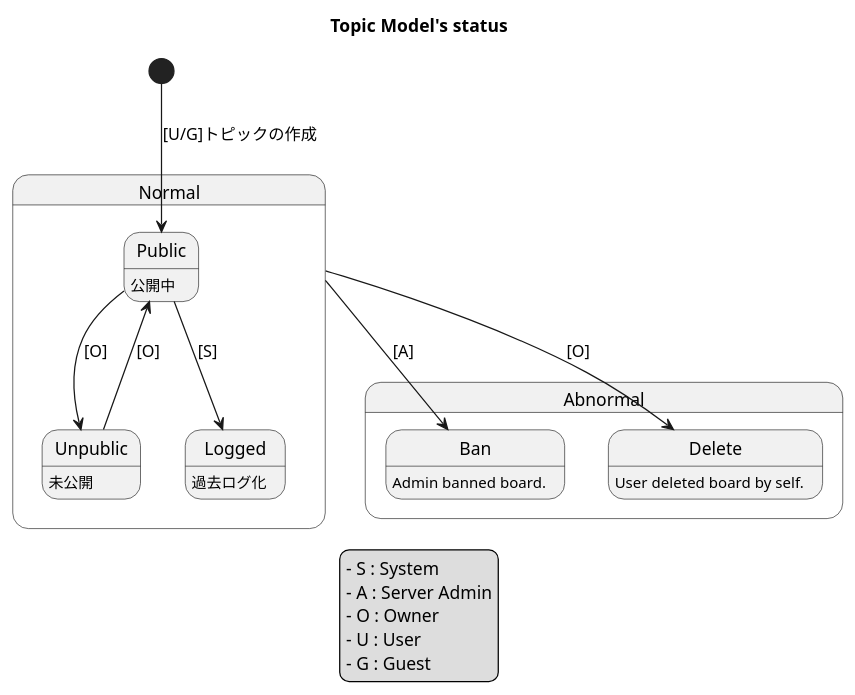
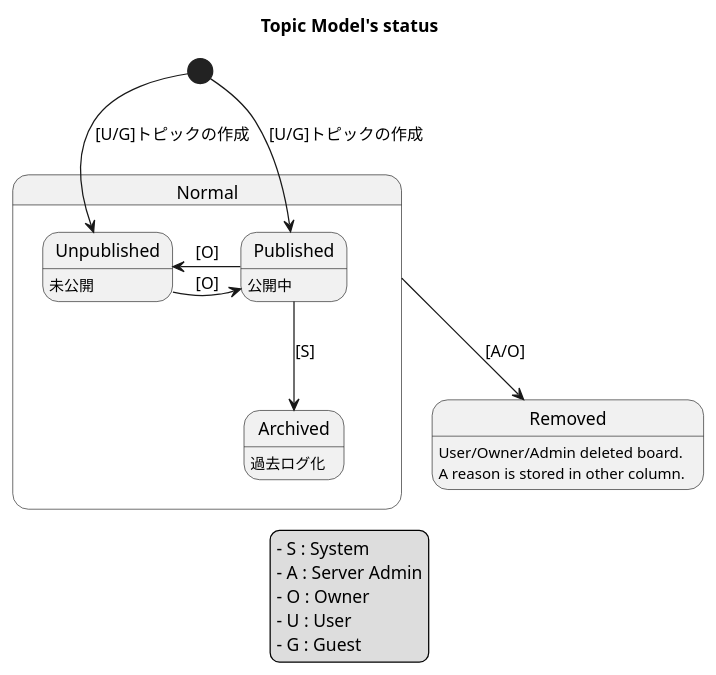
Before and after one commit to tetsuyainfra/nextbbs-rails: the diagram in doc/charts/activities/topic_status.pu, drawn with PlantUML. The commit also changed 82 other files, not shown here.

```diff
--- a/doc/charts/activities/topic_status.pu
+++ b/doc/charts/activities/topic_status.pu
@@ -2,31 +2,31 @@
 @startuml
 title Topic Model's status
 
 state Normal{
-  Public   : 公開中
-  Unpublic : 未公開
-  Logged   : 過去ログ化
+  Published   : 公開中
+  Unpublished : 未公開
+  Archived   : 過去ログ化
 }
 
-state Abnormal{
-  Ban    : Admin banned board.
-  Delete : User deleted board by self.
-}
+' state Abnormal{
+  Removed : User/Owner/Admin deleted board.
+  Removed : A reason is stored in other column.
+' }
 
-[*]      -down-> Public : [U/G]トピックの作成
-Public --> Unpublic : [O]
-Unpublic --> Public : [O]
-Public   --> Logged : [S]
+[*]      -down-> Unpublished : [U/G]トピックの作成
+[*]      -down-> Published   : [U/G]トピックの作成
+Published   -left-> Unpublished : [O]
+Unpublished -right-> Published : [O]
+Published   --> Archived : [S]
 
-Normal --> Ban : [A]
-Normal --> Delete : [O]
+Normal --> Removed : [A/O]
 
 legend
 - S : System
 - A : Server Admin
 - O : Owner
 - U : User
 - G : Guest
 end legend
 
 @enduml
```
